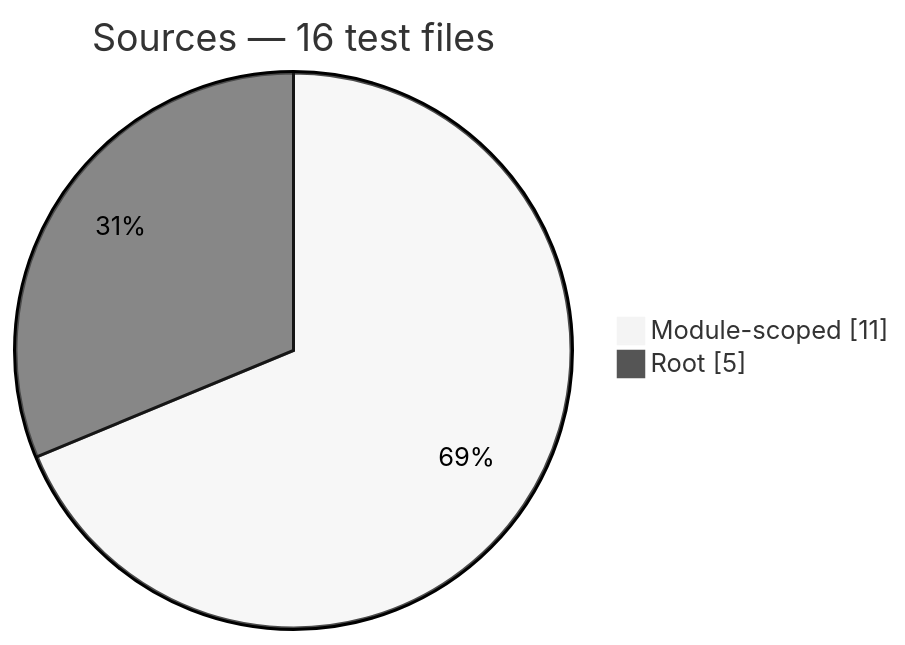
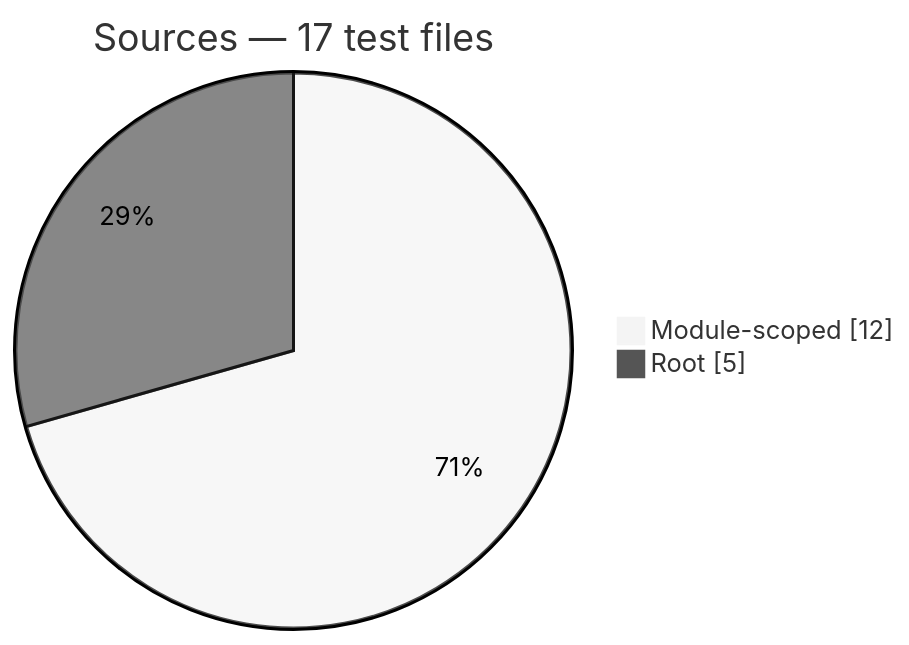
The fifth of 12 diagrams in docs/generated/test-composition.md (Mohammed-Alama/php-arazzo), drawn with Mermaid (neutral theme) before and after one commit. The commit also changed other lines of this file and 19 other files, not shown here.

````diff
--- a/docs/generated/test-composition.md
+++ b/docs/generated/test-composition.md
@@ -68,6 +68,6 @@
 ```mermaid
 pie showData
-    title Sources — 16 test files
-    "Module-scoped": 11
+    title Sources — 17 test files
+    "Module-scoped": 12
     "Root": 5
 ```
````
